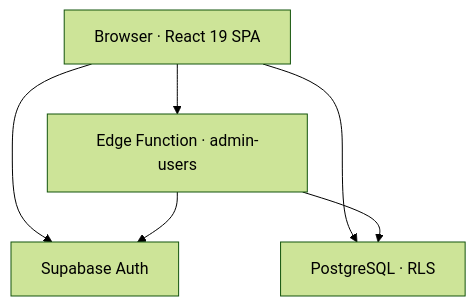
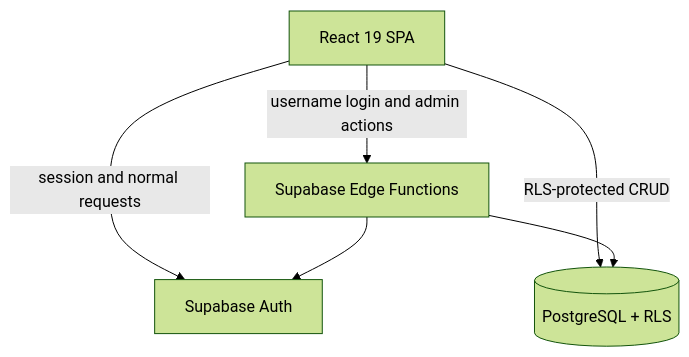
The third of 3 diagrams in README.md (hungdeniubeo/Schedulework-Web), drawn with Mermaid (forest theme) before and after one commit. The commit also changed other lines of this file, not shown here.

````diff
--- a/README.md
+++ b/README.md
@@ -147,13 +183,13 @@
 ```mermaid
 flowchart TB
-    Browser["Browser · React 19 SPA"]
+    Browser["React 19 SPA"]
+    Functions["Supabase Edge Functions"]
     Auth["Supabase Auth"]
-    Data["PostgreSQL · RLS"]
-    Edge["Edge Function · admin-users"]
+    Database[("PostgreSQL + RLS")]
 
-    Browser --> Auth
-    Browser --> Data
-    Browser --> Edge
-    Edge --> Auth
-    Edge --> Data
+    Browser -->|"session and normal requests"| Auth
+    Browser -->|"RLS-protected CRUD"| Database
+    Browser -->|"username login and admin actions"| Functions
+    Functions --> Auth
+    Functions --> Database
 ```
````
